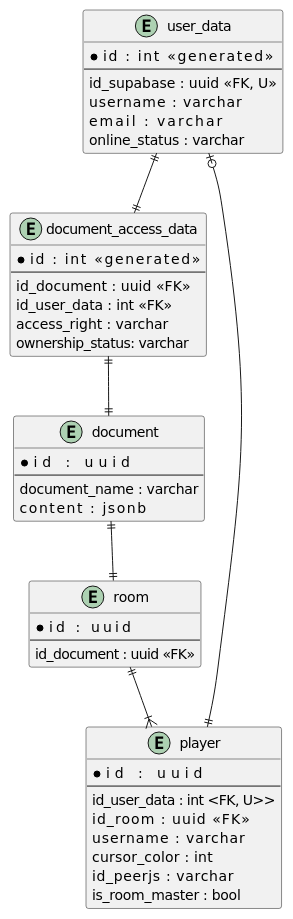
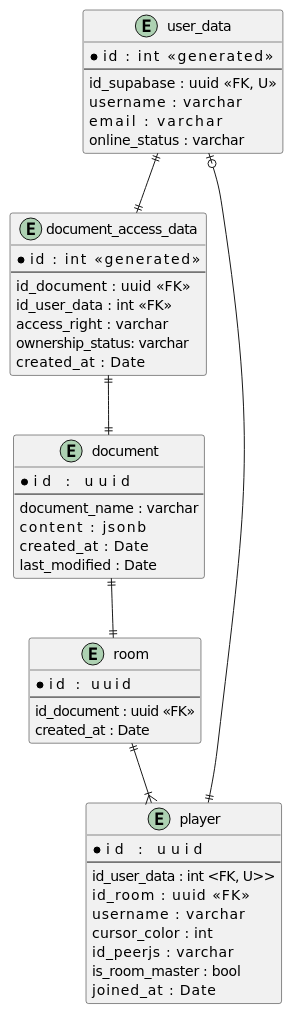
Before and after one commit to RayhanHamada/collabowrite: the diagram in packages/uml-design/lib/erd.plantuml, drawn with PlantUML.

Commit message:
feat(uml-design): add date for entities

```diff
--- a/packages/uml-design/lib/erd.plantuml
+++ b/packages/uml-design/lib/erd.plantuml
@@ -1,52 +1,57 @@
 @startuml collabowrite_erd
 entity "user_data" as user_data {
     *id             : int <<generated>>
     --
     id_supabase     : uuid <<FK, U>>
     username        : varchar
     email           : varchar
     online_status   : varchar
 }
 
 entity "document_access_data" as document_access_data {
     *id             : int <<generated>>
     --
     id_document     : uuid <<FK>>
     id_user_data    : int <<FK>>
     access_right    : varchar
     ownership_status: varchar
+    created_at      : Date
 }
 
 entity "document" as document {
     *id             : uuid
     --
     document_name   : varchar
     content         : jsonb
+    created_at      : Date
+    last_modified   : Date
 }
 
 entity "room" as room {
     *id         : uuid
     --
     id_document : uuid <<FK>>
+    created_at  : Date
 }
 
 entity "player" as player {
     *id             : uuid
     --
     id_user_data    : int <FK, U>>
     id_room         : uuid <<FK>>
     username        : varchar
     cursor_color    : int
     id_peerjs       : varchar
     is_room_master  : bool
+    joined_at       : Date
 }
 
 
 user_data ||--|| document_access_data
 user_data |o--|| player
 document_access_data ||--|| document
 document ||--|| room
 room ||--|{ player
 
 
 @enduml
```
